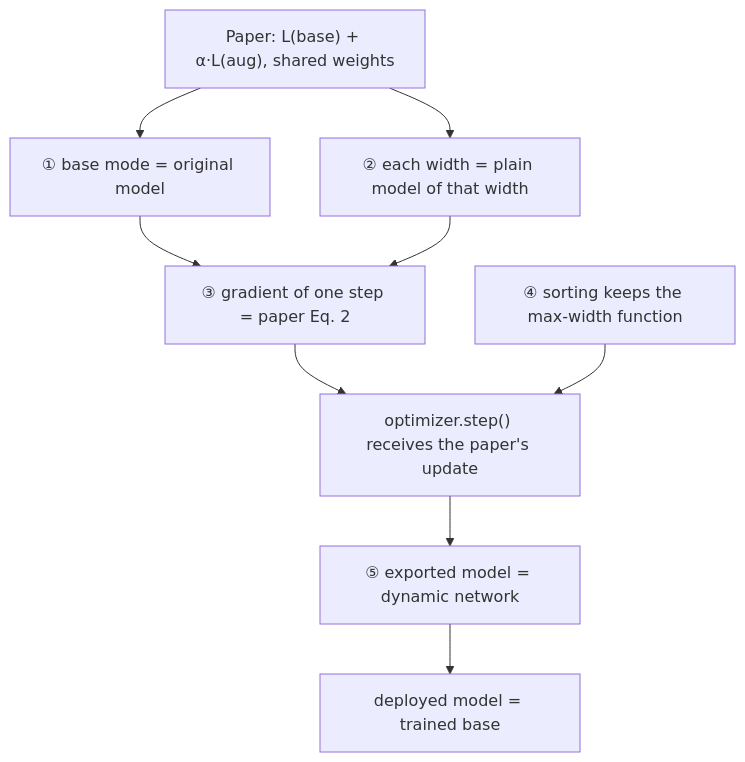
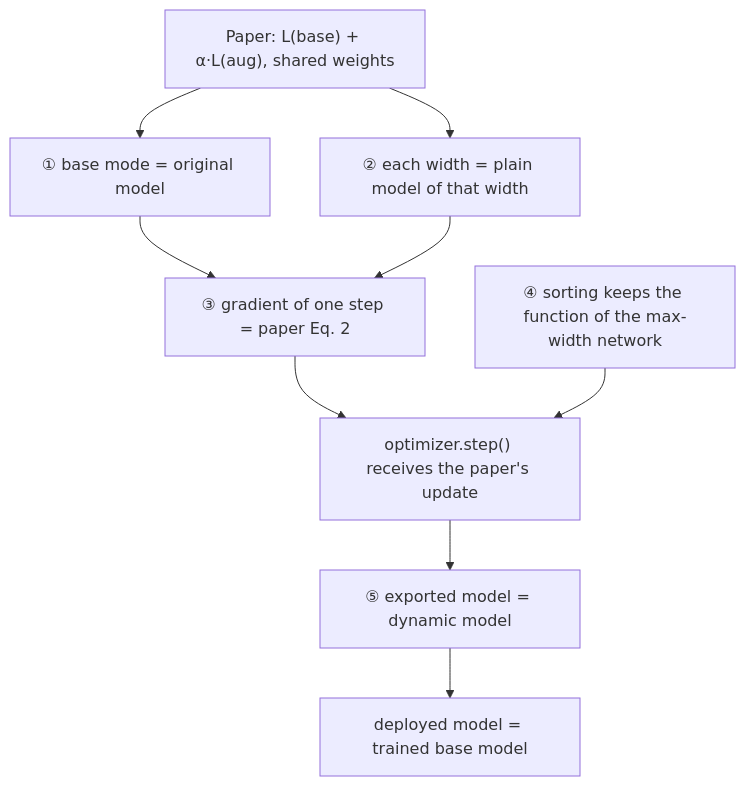
The fifth of 5 diagrams in docs/design.en.md (YuMingCorn/torchnetaug), drawn with Mermaid before and after one commit. The commit also changed other lines of this file and 11 other files, not shown here.

First line of the commit message:
Docs: unify terms, add key points and Mermaid diagrams, tighten prose

````diff
--- a/docs/design.en.md
+++ b/docs/design.en.md
@@ -325,13 +377,13 @@
 ```mermaid
 flowchart TD
     P["Paper: L(base) + α·L(aug), shared weights"]
     A["① base mode = original model"]
     B["② each width = plain model of that width"]
     C["③ gradient of one step = paper Eq. 2"]
-    D["④ sorting keeps the max-width function"]
-    E["⑤ exported model = dynamic network"]
+    D["④ sorting keeps the function of the max-width network"]
+    E["⑤ exported model = dynamic model"]
     P --> A & B
     A & B --> C
     C & D --> T["optimizer.step() receives the paper's update"]
-    T --> E --> Z["deployed model = trained base"]
+    T --> E --> Z["deployed model = trained base model"]
 ```
````
